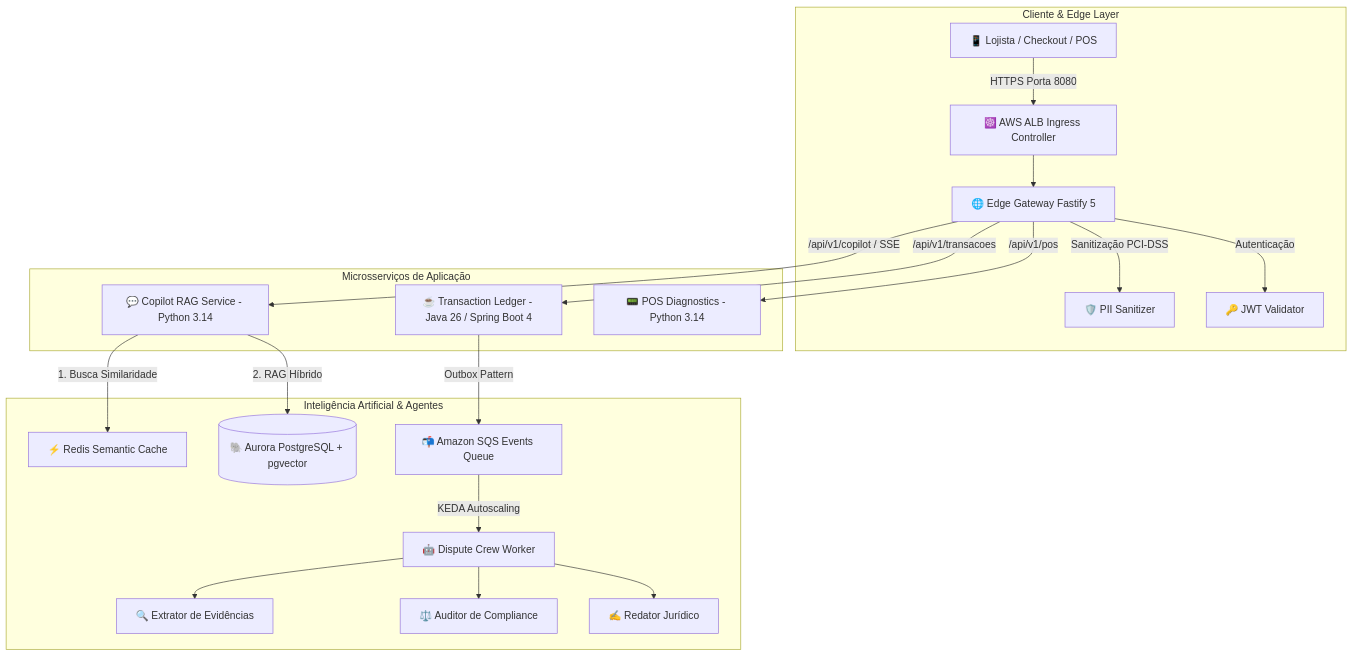
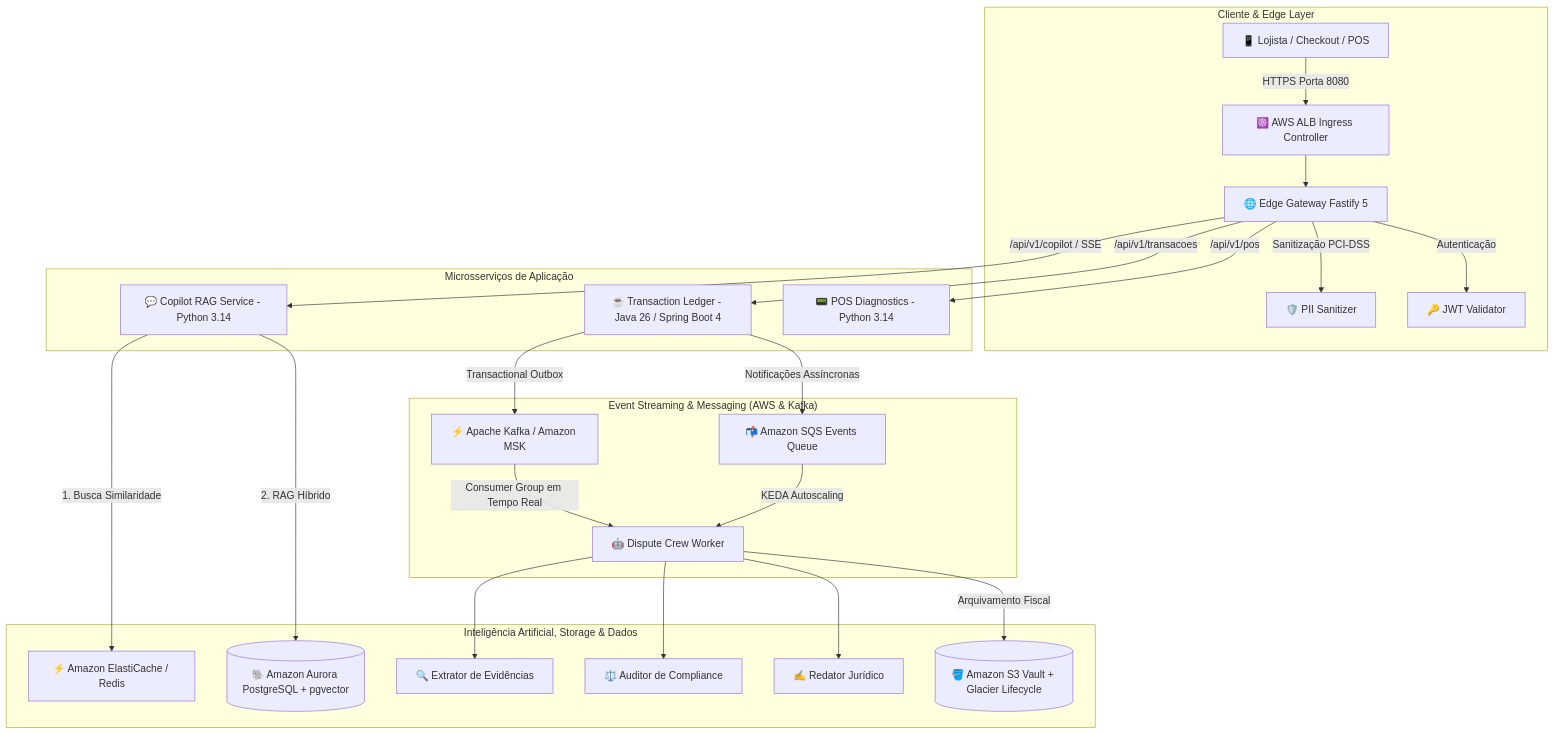
Before and after one commit to MarcelDevBr/nexuspay-ai-engine: the first of 2 diagrams in README.md, drawn with Mermaid. The commit also changed other lines of this file and 6 other files, not shown here.

Commit message:
feat: implement Kafka consumer for event-driven dispute processing and configure KEDA scaling for transaction streams

````diff
--- a/README.md
+++ b/README.md
@@ -65,25 +65,31 @@
 ```mermaid
 graph TB
     subgraph "Cliente & Edge Layer"
         User[📱 Lojista / Checkout / POS] -->|HTTPS Porta 8080| Ingress[☸️ AWS ALB Ingress Controller]
         Ingress --> Gateway[🌐 Edge Gateway Fastify 5]
         Gateway -->|Sanitização PCI-DSS| PII[🛡️ PII Sanitizer]
         Gateway -->|Autenticação| JWT[🔑 JWT Validator]
     end
 
     subgraph "Microsserviços de Aplicação"
         Gateway -->|/api/v1/transacoes| Core[☕ Transaction Ledger - Java 26 / Spring Boot 4]
         Gateway -->|/api/v1/copilot / SSE| Copilot[💬 Copilot RAG Service - Python 3.14]
         Gateway -->|/api/v1/pos| POS[📟 POS Diagnostics - Python 3.14]
     end
 
-    subgraph "Inteligência Artificial & Agentes"
-        Copilot -->|1. Busca Similaridade| Cache[⚡ Redis Semantic Cache]
-        Copilot -->|2. RAG Híbrido| PGVec[(🐘 Aurora PostgreSQL + pgvector)]
-        Core -->|Outbox Pattern| SQS[📬 Amazon SQS Events Queue]
-        SQS -->|KEDA Autoscaling| DisputeWorker[🤖 Dispute Crew Worker]
+    subgraph "Event Streaming & Messaging (AWS & Kafka)"
+        Core -->|Transactional Outbox| Kafka[⚡ Apache Kafka / Amazon MSK]
+        Core -->|Notificações Assíncronas| SQS[📬 Amazon SQS Events Queue]
+        Kafka -->|Consumer Group em Tempo Real| DisputeWorker[🤖 Dispute Crew Worker]
+        SQS -->|KEDA Autoscaling| DisputeWorker
+    end
+
+    subgraph "Inteligência Artificial, Storage & Dados"
+        Copilot -->|1. Busca Similaridade| Cache[⚡ Amazon ElastiCache / Redis]
+        Copilot -->|2. RAG Híbrido| PGVec[(🐘 Amazon Aurora PostgreSQL + pgvector)]
         DisputeWorker --> Ag1[🔍 Extrator de Evidências]
         DisputeWorker --> Ag2[⚖️ Auditor de Compliance]
         DisputeWorker --> Ag3[✍️ Redator Jurídico]
+        DisputeWorker -->|Arquivamento Fiscal| S3[(🪣 Amazon S3 Vault + Glacier Lifecycle)]
     end
 ```
````
